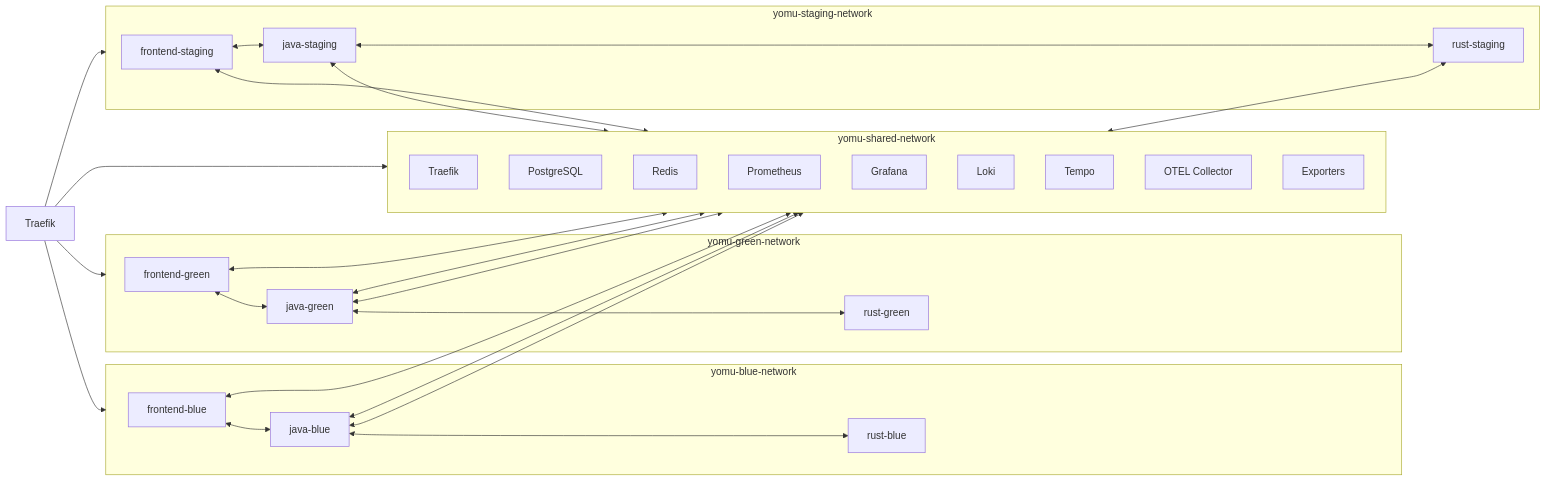
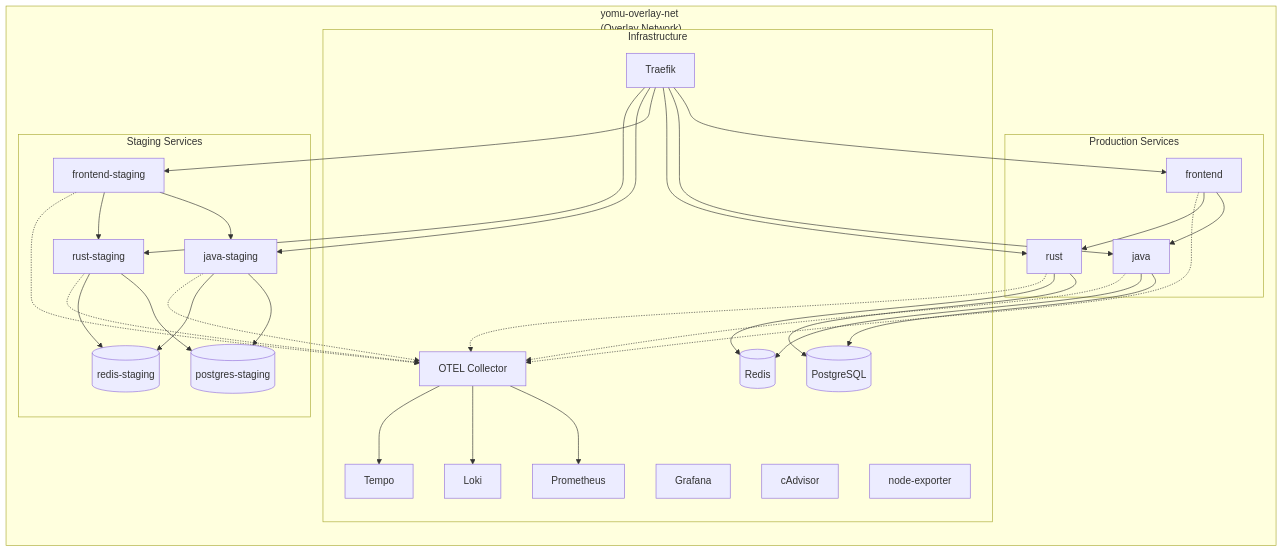
One commit to advprog-2026-A14-project/yomu-docs changed the first of 3 diagrams in content/docs/deployment/network.mdx. Above: the diagram before and after it, drawn with Mermaid. The commit also changed other lines of this file and 10 other files, not shown here.

First line of the commit message:
docs: migrate deployment docs from blue-green to Swarm rolling

````diff
--- a/content/docs/deployment/network.mdx
+++ b/content/docs/deployment/network.mdx
@@ -10,50 +10,53 @@
 ```mermaid
-flowchart LR
-    subgraph Shared["yomu-shared-network"]
+flowchart TB
+    subgraph SwarmNet["yomu-overlay-net<br/>(Overlay Network)"]
         direction TB
-        S1["Traefik"]
-        S2["PostgreSQL"]
-        S3["Redis"]
-        S4["Prometheus"]
-        S5["Grafana"]
-        S6["Loki"]
-        S7["Tempo"]
-        S8["OTEL Collector"]
-        S9["Exporters"]
+        
+        subgraph Infra["Infrastructure"]
+            Traefik["Traefik"]
+            PG[("PostgreSQL")]
+            Redis[("Redis")]
+            Prom["Prometheus"]
+            Graf["Grafana"]
+            Loki["Loki"]
+            Tempo["Tempo"]
+            OTel["OTEL Collector"]
+            CAdvisor["cAdvisor"]
+            NodeExp["node-exporter"]
+        end
+        
+        subgraph Prod["Production Services"]
+            FE["frontend"]
+            Java["java"]
+            Rust["rust"]
+        end
+        
+        subgraph Staging["Staging Services"]
+            FE_ST["frontend-staging"]
+            Java_ST["java-staging"]
+            Rust_ST["rust-staging"]
+            PG_ST[("postgres-staging")]
+            Redis_ST[("redis-staging")]
+        end
     end
-
-    subgraph BlueNet["yomu-blue-network"]
-        B1["frontend-blue"]
-        B2["java-blue"]
-        B3["rust-blue"]
-    end
-
-    subgraph GreenNet["yomu-green-network"]
-        G1["frontend-green"]
-        G2["java-green"]
-        G3["rust-green"]
-    end
-
-    subgraph StageNet["yomu-staging-network"]
-        ST1["frontend-staging"]
-        ST2["java-staging"]
-        ST3["rust-staging"]
-    end
-
-    Traefik --> Shared
-    Traefik --> BlueNet
-    Traefik --> GreenNet
-    Traefik --> StageNet
-
-    B1 <--> B2 <--> B3
-    G1 <--> G2 <--> G3
-    ST1 <--> ST2 <--> ST3
-
-    B1 <--> S1
-    G1 <--> S1
-    ST1 <--> S1
-
-    B2 <--> S2 & S3
-    G2 <--> S2 & S3
-    ST2 <--> S2 <--> ST3
+    
+    Traefik --> FE & Java & Rust
+    Traefik --> FE_ST & Java_ST & Rust_ST
+    
+    FE --> Java & Rust
+    Java --> PG & Redis
+    Rust --> PG & Redis
+    
+    FE_ST --> Java_ST & Rust_ST
+    Java_ST --> PG_ST & Redis_ST
+    Rust_ST --> PG_ST & Redis_ST
+    
+    FE -.-> OTel
+    Java -.-> OTel
+    Rust -.-> OTel
+    FE_ST -.-> OTel
+    Java_ST -.-> OTel
+    Rust_ST -.-> OTel
+    
+    OTel --> Prom & Loki & Tempo
 ```
````
